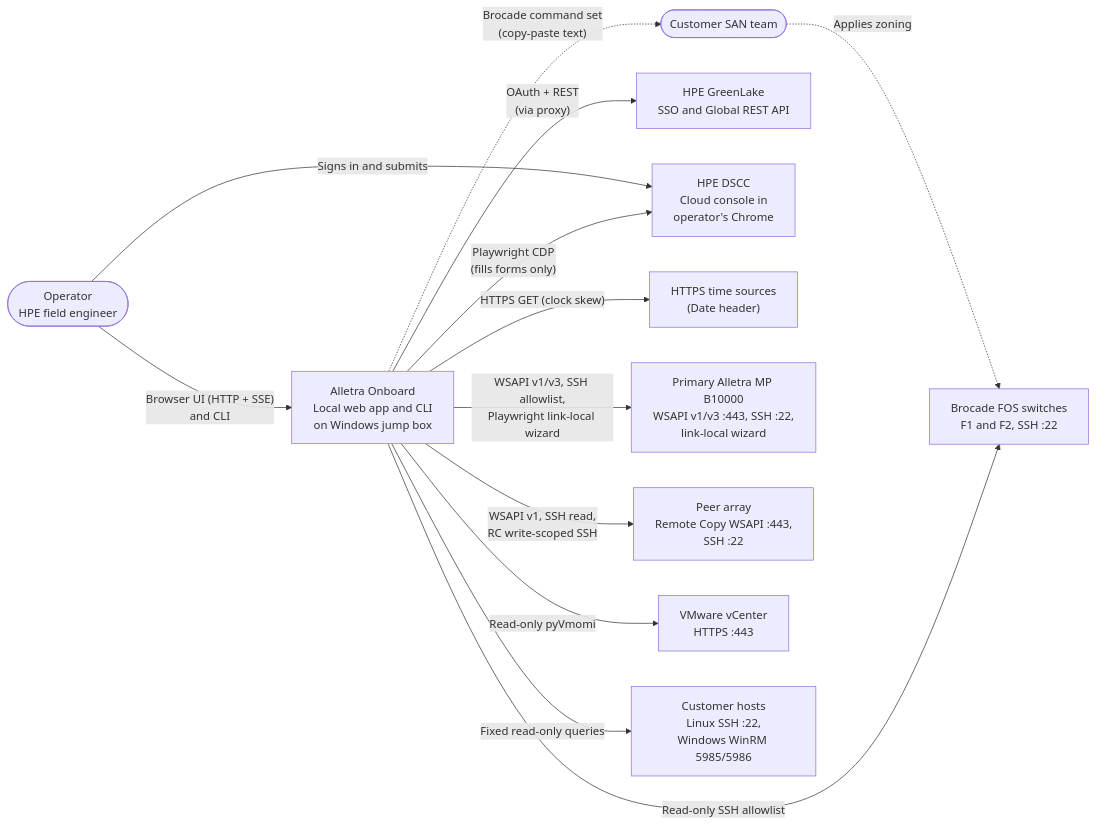
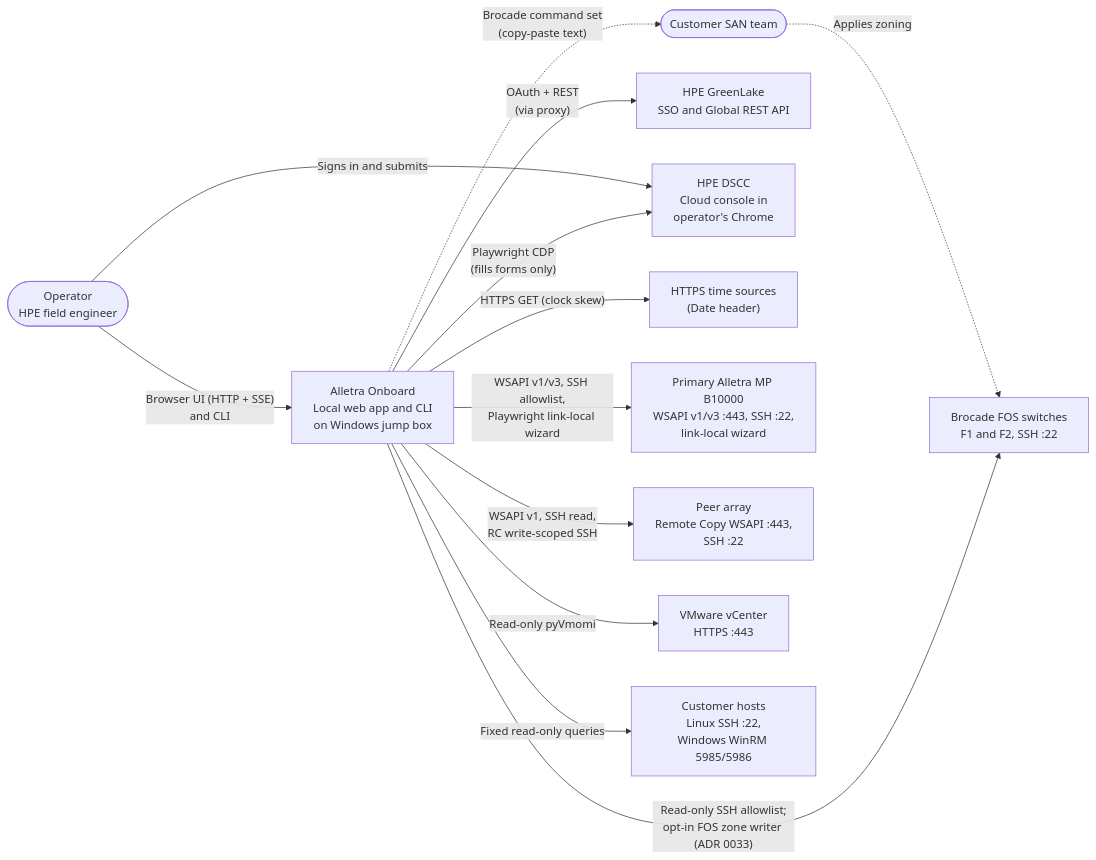
One commit to SaiHPE/Greenlake-Automation changed the first of 8 diagrams in Provisioning_Automation/alletra_onboard/docs/design/HLD.md. Above: the diagram before and after it, drawn with Mermaid. The commit also changed other lines of this file and 50 other files, not shown here.

````diff
--- a/Provisioning_Automation/alletra_onboard/docs/design/HLD.md
+++ b/Provisioning_Automation/alletra_onboard/docs/design/HLD.md
@@ -69,29 +69,29 @@
 ```mermaid
 flowchart LR
     OP(["Operator<br/>HPE field engineer"])
     SAN(["Customer SAN team"])
 
     SYS["Alletra Onboard<br/>Local web app and CLI<br/>on Windows jump box"]
 
     GL["HPE GreenLake<br/>SSO and Global REST API"]
     DSCC["HPE DSCC<br/>Cloud console in<br/>operator's Chrome"]
     TIME["HTTPS time sources<br/>(Date header)"]
     ARR["Primary Alletra MP B10000<br/>WSAPI v1/v3 :443, SSH :22,<br/>link-local wizard"]
     PEER["Peer array<br/>Remote Copy WSAPI :443,<br/>SSH :22"]
     VC["VMware vCenter<br/>HTTPS :443"]
     SW["Brocade FOS switches<br/>F1 and F2, SSH :22"]
     HST["Customer hosts<br/>Linux SSH :22,<br/>Windows WinRM 5985/5986"]
 
     OP -- "Browser UI (HTTP + SSE)<br/>and CLI" --> SYS
     SYS -- "OAuth + REST<br/>(via proxy)" --> GL
     SYS -- "Playwright CDP<br/>(fills forms only)" --> DSCC
     OP -- "Signs in and submits" --> DSCC
     SYS -- "HTTPS GET (clock skew)" --> TIME
     SYS -- "WSAPI v1/v3, SSH allowlist,<br/>Playwright link-local wizard" --> ARR
     SYS -- "WSAPI v1, SSH read,<br/>RC write-scoped SSH" --> PEER
     SYS -- "Read-only pyVmomi" --> VC
-    SYS -- "Read-only SSH allowlist" --> SW
+    SYS -- "Read-only SSH allowlist;<br/>opt-in FOS zone writer (ADR 0033)" --> SW
     SYS -- "Fixed read-only queries" --> HST
     SYS -. "Brocade command set<br/>(copy-paste text)" .-> SAN
     SAN -. "Applies zoning" .-> SW
 ```
````
